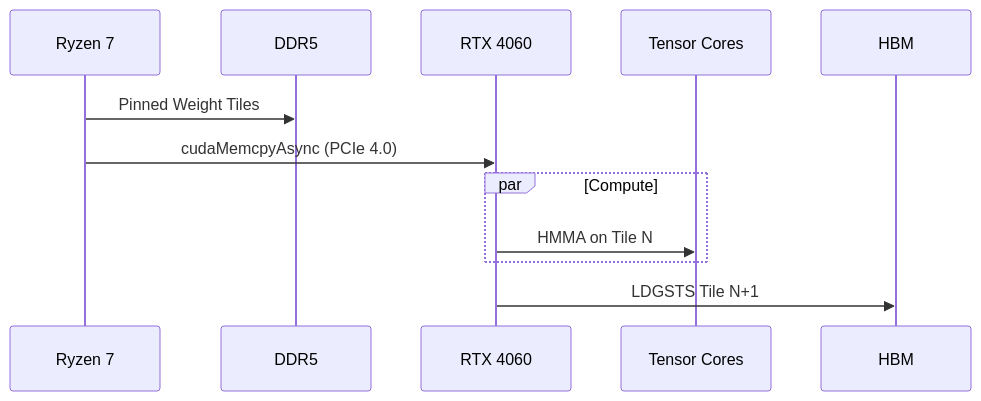
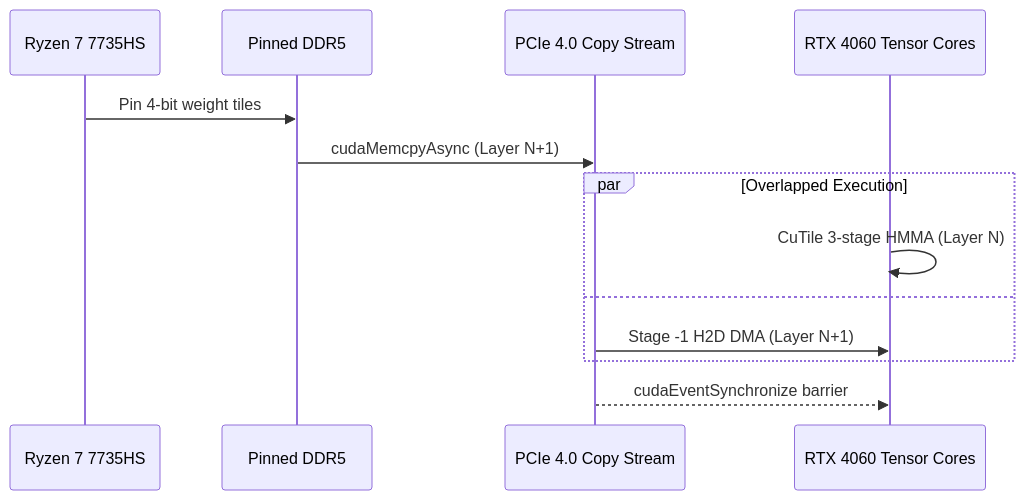
One commit to samudragupto/cutile-forge changed the second of 3 diagrams in docs/ARCHITECTURE.md. Above: the diagram before and after it, drawn with Mermaid. The commit also changed other lines of this file and 3 other files, not shown here.

Commit message:
docs: fix Mermaid syntax in ARCHITECTURE.md and README.md, use real PowerShell CLI output

````diff
--- a/docs/ARCHITECTURE.md
+++ b/docs/ARCHITECTURE.md
@@ -19,9 +26,16 @@
 ```mermaid
 sequenceDiagram
-    Ryzen 7->>DDR5: Pinned Weight Tiles
-    Ryzen 7->>RTX 4060: cudaMemcpyAsync (PCIe 4.0)
-    par Compute
-        RTX 4060->>Tensor Cores: HMMA on Tile N
+    participant CPU as Ryzen 7 7735HS
+    participant DDR5 as Pinned DDR5
+    participant DMA as PCIe 4.0 Copy Stream
+    participant GPU as RTX 4060 Tensor Cores
+
+    CPU->>DDR5: Pin 4-bit weight tiles
+    DDR5->>DMA: cudaMemcpyAsync (Layer N+1)
+    par Overlapped Execution
+        GPU->>GPU: CuTile 3-stage HMMA (Layer N)
+    and
+        DMA->>GPU: Stage -1 H2D DMA (Layer N+1)
     end
-    RTX 4060->>HBM: LDGSTS Tile N+1
+    DMA-->>GPU: cudaEventSynchronize barrier
 ```
````
